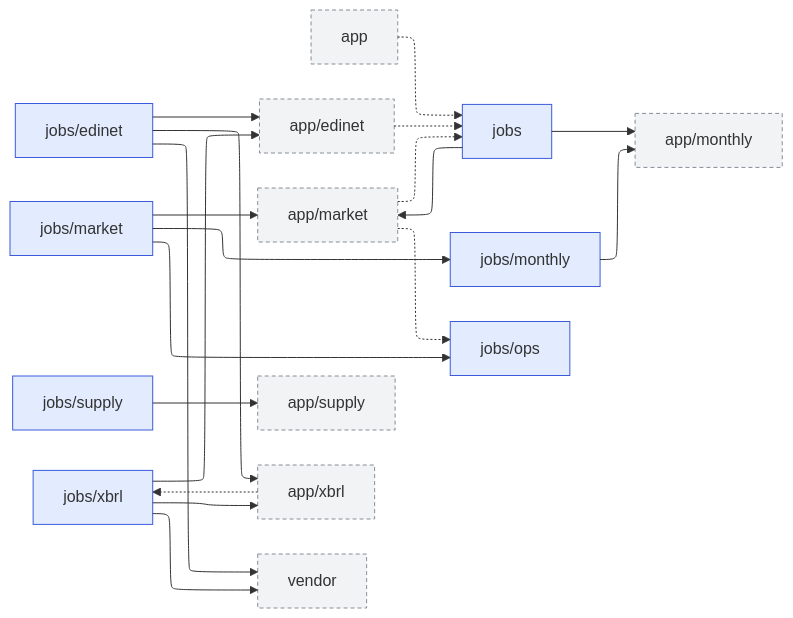
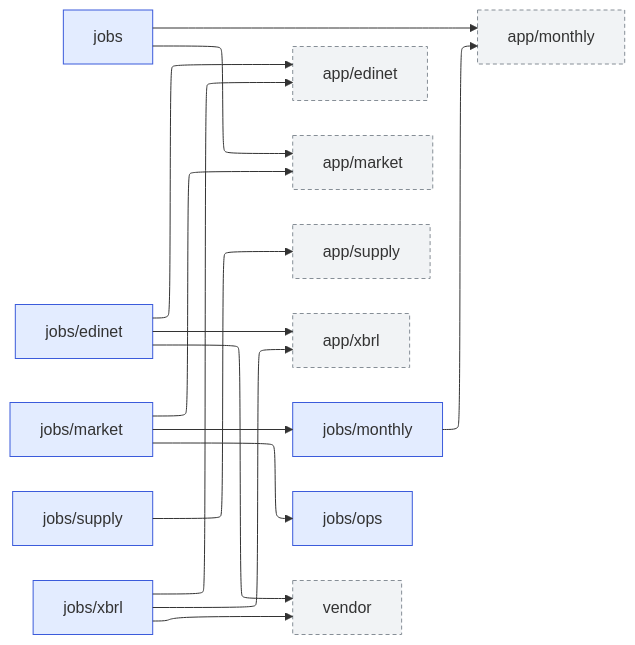
The second of 3 diagrams in docs/overview/modules.md (pekumirui/stock-analyzer), drawn with Mermaid before and after one commit. The commit also changed other lines of this file and 32 other files, not shown here.

First line of the commit message:
improve(KAB-514): app が jobs を import している依存をなくす

````diff
--- a/docs/overview/modules.md
+++ b/docs/overview/modules.md
@@ -50,41 +50,35 @@
 ```mermaid
 ---
 config:
   layout: elk
 ---
 flowchart LR
-  n0["app"]:::ext
-  n1["app/edinet"]:::ext
-  n2["app/market"]:::ext
-  n3["app/monthly"]:::ext
-  n4["app/supply"]:::ext
-  n5["app/xbrl"]:::ext
-  n6["jobs"]:::own
-  n7["jobs/edinet"]:::own
-  n8["jobs/market"]:::own
-  n9["jobs/monthly"]:::own
-  n10["jobs/ops"]:::own
-  n11["jobs/supply"]:::own
-  n12["jobs/xbrl"]:::own
-  n13["vendor"]:::ext
-  n0 -.-> n6
-  n1 -.-> n6
-  n2 -.-> n6
-  n2 -.-> n10
-  n5 -.-> n12
-  n6 --> n2
-  n6 --> n3
+  n0["app/edinet"]:::ext
+  n1["app/market"]:::ext
+  n2["app/monthly"]:::ext
+  n3["app/supply"]:::ext
+  n4["app/xbrl"]:::ext
+  n5["jobs"]:::own
+  n6["jobs/edinet"]:::own
+  n7["jobs/market"]:::own
+  n8["jobs/monthly"]:::own
+  n9["jobs/ops"]:::own
+  n10["jobs/supply"]:::own
+  n11["jobs/xbrl"]:::own
+  n12["vendor"]:::ext
+  n5 --> n1
+  n5 --> n2
+  n6 --> n0
+  n6 --> n4
+  n6 --> n12
   n7 --> n1
-  n7 --> n5
-  n7 --> n13
+  n7 --> n8
+  n7 --> n9
   n8 --> n2
-  n8 --> n9
-  n8 --> n10
-  n9 --> n3
+  n10 --> n3
+  n11 --> n0
   n11 --> n4
-  n12 --> n1
-  n12 --> n5
-  n12 --> n13
+  n11 --> n12
   classDef own fill:#e3ecff,stroke:#3b5bdb
   classDef ext fill:#f1f3f5,stroke:#868e96,stroke-dasharray:4 3
 ```
````
